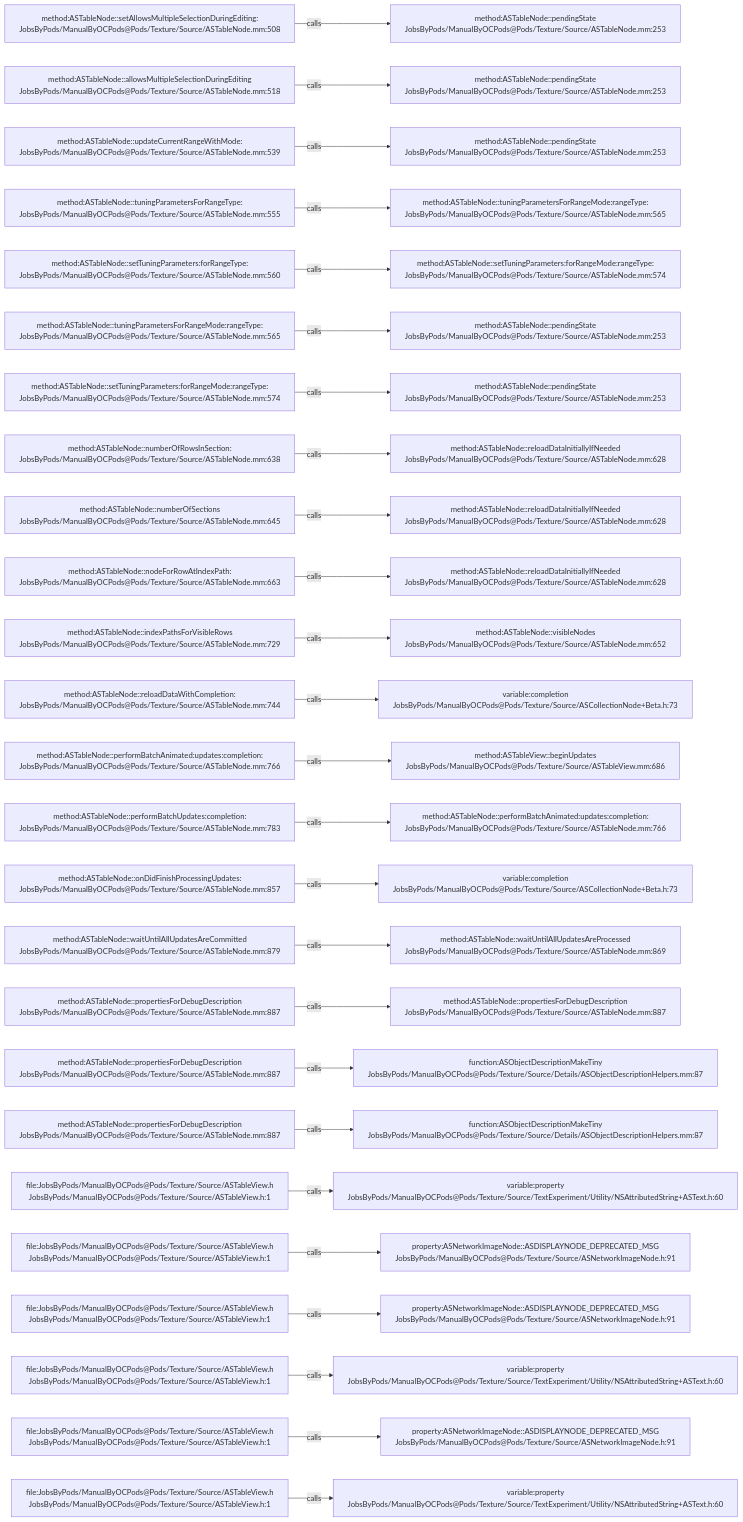
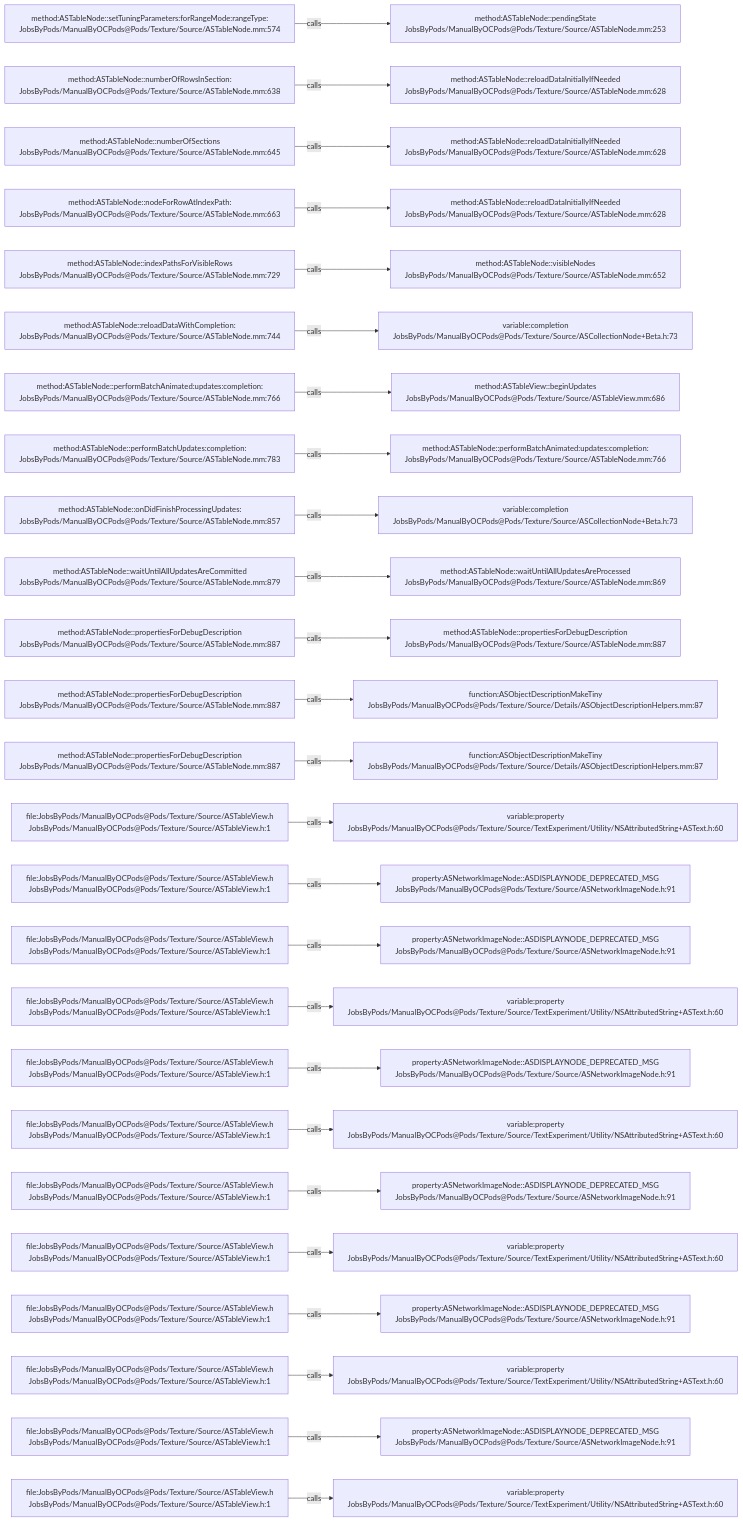
The diagram in .codegraph/codegraph.md/graphs/calls-116.md (JobsKits/JobsOCBaseConfigDemo), drawn with Mermaid before and after one commit. The commit also changed 666 other files, not shown here.

````diff
--- a/.codegraph/codegraph.md/graphs/calls-116.md
+++ b/.codegraph/codegraph.md/graphs/calls-116.md
@@ -13,78 +13,78 @@
 ```mermaid
 flowchart LR
-  S1["method:ASTableNode::setAllowsMultipleSelectionDuringEditing:<br/>JobsByPods/ManualByOCPods@Pods/Texture/Source/ASTableNode.mm:508"]
+  S1["method:ASTableNode::setTuningParameters:forRangeMode:rangeType:<br/>JobsByPods/ManualByOCPods@Pods/Texture/Source/ASTableNode.mm:574"]
   T1["method:ASTableNode::pendingState<br/>JobsByPods/ManualByOCPods@Pods/Texture/Source/ASTableNode.mm:253"]
   S1 -->|calls| T1
-  S2["method:ASTableNode::allowsMultipleSelectionDuringEditing<br/>JobsByPods/ManualByOCPods@Pods/Texture/Source/ASTableNode.mm:518"]
-  T2["method:ASTableNode::pendingState<br/>JobsByPods/ManualByOCPods@Pods/Texture/Source/ASTableNode.mm:253"]
+  S2["method:ASTableNode::numberOfRowsInSection:<br/>JobsByPods/ManualByOCPods@Pods/Texture/Source/ASTableNode.mm:638"]
+  T2["method:ASTableNode::reloadDataInitiallyIfNeeded<br/>JobsByPods/ManualByOCPods@Pods/Texture/Source/ASTableNode.mm:628"]
   S2 -->|calls| T2
-  S3["method:ASTableNode::updateCurrentRangeWithMode:<br/>JobsByPods/ManualByOCPods@Pods/Texture/Source/ASTableNode.mm:539"]
-  T3["method:ASTableNode::pendingState<br/>JobsByPods/ManualByOCPods@Pods/Texture/Source/ASTableNode.mm:253"]
+  S3["method:ASTableNode::numberOfSections<br/>JobsByPods/ManualByOCPods@Pods/Texture/Source/ASTableNode.mm:645"]
+  T3["method:ASTableNode::reloadDataInitiallyIfNeeded<br/>JobsByPods/ManualByOCPods@Pods/Texture/Source/ASTableNode.mm:628"]
   S3 -->|calls| T3
-  S4["method:ASTableNode::tuningParametersForRangeType:<br/>JobsByPods/ManualByOCPods@Pods/Texture/Source/ASTableNode.mm:555"]
-  T4["method:ASTableNode::tuningParametersForRangeMode:rangeType:<br/>JobsByPods/ManualByOCPods@Pods/Texture/Source/ASTableNode.mm:565"]
+  S4["method:ASTableNode::nodeForRowAtIndexPath:<br/>JobsByPods/ManualByOCPods@Pods/Texture/Source/ASTableNode.mm:663"]
+  T4["method:ASTableNode::reloadDataInitiallyIfNeeded<br/>JobsByPods/ManualByOCPods@Pods/Texture/Source/ASTableNode.mm:628"]
   S4 -->|calls| T4
-  S5["method:ASTableNode::setTuningParameters:forRangeType:<br/>JobsByPods/ManualByOCPods@Pods/Texture/Source/ASTableNode.mm:560"]
-  T5["method:ASTableNode::setTuningParameters:forRangeMode:rangeType:<br/>JobsByPods/ManualByOCPods@Pods/Texture/Source/ASTableNode.mm:574"]
+  S5["method:ASTableNode::indexPathsForVisibleRows<br/>JobsByPods/ManualByOCPods@Pods/Texture/Source/ASTableNode.mm:729"]
+  T5["method:ASTableNode::visibleNodes<br/>JobsByPods/ManualByOCPods@Pods/Texture/Source/ASTableNode.mm:652"]
   S5 -->|calls| T5
-  S6["method:ASTableNode::tuningParametersForRangeMode:rangeType:<br/>JobsByPods/ManualByOCPods@Pods/Texture/Source/ASTableNode.mm:565"]
-  T6["method:ASTableNode::pendingState<br/>JobsByPods/ManualByOCPods@Pods/Texture/Source/ASTableNode.mm:253"]
+  S6["method:ASTableNode::reloadDataWithCompletion:<br/>JobsByPods/ManualByOCPods@Pods/Texture/Source/ASTableNode.mm:744"]
+  T6["variable:completion<br/>JobsByPods/ManualByOCPods@Pods/Texture/Source/ASCollectionNode+Beta.h:73"]
   S6 -->|calls| T6
-  S7["method:ASTableNode::setTuningParameters:forRangeMode:rangeType:<br/>JobsByPods/ManualByOCPods@Pods/Texture/Source/ASTableNode.mm:574"]
-  T7["method:ASTableNode::pendingState<br/>JobsByPods/ManualByOCPods@Pods/Texture/Source/ASTableNode.mm:253"]
+  S7["method:ASTableNode::performBatchAnimated:updates:completion:<br/>JobsByPods/ManualByOCPods@Pods/Texture/Source/ASTableNode.mm:766"]
+  T7["method:ASTableView::beginUpdates<br/>JobsByPods/ManualByOCPods@Pods/Texture/Source/ASTableView.mm:686"]
   S7 -->|calls| T7
-  S8["method:ASTableNode::numberOfRowsInSection:<br/>JobsByPods/ManualByOCPods@Pods/Texture/Source/ASTableNode.mm:638"]
-  T8["method:ASTableNode::reloadDataInitiallyIfNeeded<br/>JobsByPods/ManualByOCPods@Pods/Texture/Source/ASTableNode.mm:628"]
+  S8["method:ASTableNode::performBatchUpdates:completion:<br/>JobsByPods/ManualByOCPods@Pods/Texture/Source/ASTableNode.mm:783"]
+  T8["method:ASTableNode::performBatchAnimated:updates:completion:<br/>JobsByPods/ManualByOCPods@Pods/Texture/Source/ASTableNode.mm:766"]
   S8 -->|calls| T8
-  S9["method:ASTableNode::numberOfSections<br/>JobsByPods/ManualByOCPods@Pods/Texture/Source/ASTableNode.mm:645"]
-  T9["method:ASTableNode::reloadDataInitiallyIfNeeded<br/>JobsByPods/ManualByOCPods@Pods/Texture/Source/ASTableNode.mm:628"]
+  S9["method:ASTableNode::onDidFinishProcessingUpdates:<br/>JobsByPods/ManualByOCPods@Pods/Texture/Source/ASTableNode.mm:857"]
+  T9["variable:completion<br/>JobsByPods/ManualByOCPods@Pods/Texture/Source/ASCollectionNode+Beta.h:73"]
   S9 -->|calls| T9
-  S10["method:ASTableNode::nodeForRowAtIndexPath:<br/>JobsByPods/ManualByOCPods@Pods/Texture/Source/ASTableNode.mm:663"]
-  T10["method:ASTableNode::reloadDataInitiallyIfNeeded<br/>JobsByPods/ManualByOCPods@Pods/Texture/Source/ASTableNode.mm:628"]
+  S10["method:ASTableNode::waitUntilAllUpdatesAreCommitted<br/>JobsByPods/ManualByOCPods@Pods/Texture/Source/ASTableNode.mm:879"]
+  T10["method:ASTableNode::waitUntilAllUpdatesAreProcessed<br/>JobsByPods/ManualByOCPods@Pods/Texture/Source/ASTableNode.mm:869"]
   S10 -->|calls| T10
-  S11["method:ASTableNode::indexPathsForVisibleRows<br/>JobsByPods/ManualByOCPods@Pods/Texture/Source/ASTableNode.mm:729"]
-  T11["method:ASTableNode::visibleNodes<br/>JobsByPods/ManualByOCPods@Pods/Texture/Source/ASTableNode.mm:652"]
+  S11["method:ASTableNode::propertiesForDebugDescription<br/>JobsByPods/ManualByOCPods@Pods/Texture/Source/ASTableNode.mm:887"]
+  T11["method:ASTableNode::propertiesForDebugDescription<br/>JobsByPods/ManualByOCPods@Pods/Texture/Source/ASTableNode.mm:887"]
   S11 -->|calls| T11
-  S12["method:ASTableNode::reloadDataWithCompletion:<br/>JobsByPods/ManualByOCPods@Pods/Texture/Source/ASTableNode.mm:744"]
-  T12["variable:completion<br/>JobsByPods/ManualByOCPods@Pods/Texture/Source/ASCollectionNode+Beta.h:73"]
+  S12["method:ASTableNode::propertiesForDebugDescription<br/>JobsByPods/ManualByOCPods@Pods/Texture/Source/ASTableNode.mm:887"]
+  T12["function:ASObjectDescriptionMakeTiny<br/>JobsByPods/ManualByOCPods@Pods/Texture/Source/Details/ASObjectDescriptionHelpers.mm:87"]
   S12 -->|calls| T12
-  S13["method:ASTableNode::performBatchAnimated:updates:completion:<br/>JobsByPods/ManualByOCPods@Pods/Texture/Source/ASTableNode.mm:766"]
-  T13["method:ASTableView::beginUpdates<br/>JobsByPods/ManualByOCPods@Pods/Texture/Source/ASTableView.mm:686"]
+  S13["method:ASTableNode::propertiesForDebugDescription<br/>JobsByPods/ManualByOCPods@Pods/Texture/Source/ASTableNode.mm:887"]
+  T13["function:ASObjectDescriptionMakeTiny<br/>JobsByPods/ManualByOCPods@Pods/Texture/Source/Details/ASObjectDescriptionHelpers.mm:87"]
   S13 -->|calls| T13
-  S14["method:ASTableNode::performBatchUpdates:completion:<br/>JobsByPods/ManualByOCPods@Pods/Texture/Source/ASTableNode.mm:783"]
-  T14["method:ASTableNode::performBatchAnimated:updates:completion:<br/>JobsByPods/ManualByOCPods@Pods/Texture/Source/ASTableNode.mm:766"]
+  S14["file:JobsByPods/ManualByOCPods@Pods/Texture/Source/ASTableView.h<br/>JobsByPods/ManualByOCPods@Pods/Texture/Source/ASTableView.h:1"]
+  T14["variable:property<br/>JobsByPods/ManualByOCPods@Pods/Texture/Source/TextExperiment/Utility/NSAttributedString+ASText.h:60"]
   S14 -->|calls| T14
-  S15["method:ASTableNode::onDidFinishProcessingUpdates:<br/>JobsByPods/ManualByOCPods@Pods/Texture/Source/ASTableNode.mm:857"]
-  T15["variable:completion<br/>JobsByPods/ManualByOCPods@Pods/Texture/Source/ASCollectionNode+Beta.h:73"]
+  S15["file:JobsByPods/ManualByOCPods@Pods/Texture/Source/ASTableView.h<br/>JobsByPods/ManualByOCPods@Pods/Texture/Source/ASTableView.h:1"]
+  T15["property:ASNetworkImageNode::ASDISPLAYNODE_DEPRECATED_MSG<br/>JobsByPods/ManualByOCPods@Pods/Texture/Source/ASNetworkImageNode.h:91"]
   S15 -->|calls| T15
-  S16["method:ASTableNode::waitUntilAllUpdatesAreCommitted<br/>JobsByPods/ManualByOCPods@Pods/Texture/Source/ASTableNode.mm:879"]
-  T16["method:ASTableNode::waitUntilAllUpdatesAreProcessed<br/>JobsByPods/ManualByOCPods@Pods/Texture/Source/ASTableNode.mm:869"]
+  S16["file:JobsByPods/ManualByOCPods@Pods/Texture/Source/ASTableView.h<br/>JobsByPods/ManualByOCPods@Pods/Texture/Source/ASTableView.h:1"]
+  T16["property:ASNetworkImageNode::ASDISPLAYNODE_DEPRECATED_MSG<br/>JobsByPods/ManualByOCPods@Pods/Texture/Source/ASNetworkImageNode.h:91"]
   S16 -->|calls| T16
-  S17["method:ASTableNode::propertiesForDebugDescription<br/>JobsByPods/ManualByOCPods@Pods/Texture/Source/ASTableNode.mm:887"]
-  T17["method:ASTableNode::propertiesForDebugDescription<br/>JobsByPods/ManualByOCPods@Pods/Texture/Source/ASTableNode.mm:887"]
+  S17["file:JobsByPods/ManualByOCPods@Pods/Texture/Source/ASTableView.h<br/>JobsByPods/ManualByOCPods@Pods/Texture/Source/ASTableView.h:1"]
+  T17["variable:property<br/>JobsByPods/ManualByOCPods@Pods/Texture/Source/TextExperiment/Utility/NSAttributedString+ASText.h:60"]
   S17 -->|calls| T17
-  S18["method:ASTableNode::propertiesForDebugDescription<br/>JobsByPods/ManualByOCPods@Pods/Texture/Source/ASTableNode.mm:887"]
-  T18["function:ASObjectDescriptionMakeTiny<br/>JobsByPods/ManualByOCPods@Pods/Texture/Source/Details/ASObjectDescriptionHelpers.mm:87"]
+  S18["file:JobsByPods/ManualByOCPods@Pods/Texture/Source/ASTableView.h<br/>JobsByPods/ManualByOCPods@Pods/Texture/Source/ASTableView.h:1"]
+  T18["property:ASNetworkImageNode::ASDISPLAYNODE_DEPRECATED_MSG<br/>JobsByPods/ManualByOCPods@Pods/Texture/Source/ASNetworkImageNode.h:91"]
   S18 -->|calls| T18
-  S19["method:ASTableNode::propertiesForDebugDescription<br/>JobsByPods/ManualByOCPods@Pods/Texture/Source/ASTableNode.mm:887"]
-  T19["function:ASObjectDescriptionMakeTiny<br/>JobsByPods/ManualByOCPods@Pods/Texture/Source/Details/ASObjectDescriptionHelpers.mm:87"]
+  S19["file:JobsByPods/ManualByOCPods@Pods/Texture/Source/ASTableView.h<br/>JobsByPods/ManualByOCPods@Pods/Texture/Source/ASTableView.h:1"]
+  T19["variable:property<br/>JobsByPods/ManualByOCPods@Pods/Texture/Source/TextExperiment/Utility/NSAttributedString+ASText.h:60"]
   S19 -->|calls| T19
   S20["file:JobsByPods/ManualByOCPods@Pods/Texture/Source/ASTableView.h<br/>JobsByPods/ManualByOCPods@Pods/Texture/Source/ASTableView.h:1"]
-  T20["variable:property<br/>JobsByPods/ManualByOCPods@Pods/Texture/Source/TextExperiment/Utility/NSAttributedString+ASText.h:60"]
+  T20["property:ASNetworkImageNode::ASDISPLAYNODE_DEPRECATED_MSG<br/>JobsByPods/ManualByOCPods@Pods/Texture/Source/ASNetworkImageNode.h:91"]
   S20 -->|calls| T20
   S21["file:JobsByPods/ManualByOCPods@Pods/Texture/Source/ASTableView.h<br/>JobsByPods/ManualByOCPods@Pods/Texture/Source/ASTableView.h:1"]
-  T21["property:ASNetworkImageNode::ASDISPLAYNODE_DEPRECATED_MSG<br/>JobsByPods/ManualByOCPods@Pods/Texture/Source/ASNetworkImageNode.h:91"]
+  T21["variable:property<br/>JobsByPods/ManualByOCPods@Pods/Texture/Source/TextExperiment/Utility/NSAttributedString+ASText.h:60"]
   S21 -->|calls| T21
   S22["file:JobsByPods/ManualByOCPods@Pods/Texture/Source/ASTableView.h<br/>JobsByPods/ManualByOCPods@Pods/Texture/Source/ASTableView.h:1"]
   T22["property:ASNetworkImageNode::ASDISPLAYNODE_DEPRECATED_MSG<br/>JobsByPods/ManualByOCPods@Pods/Texture/Source/ASNetworkImageNode.h:91"]
   S22 -->|calls| T22
   S23["file:JobsByPods/ManualByOCPods@Pods/Texture/Source/ASTableView.h<br/>JobsByPods/ManualByOCPods@Pods/Texture/Source/ASTableView.h:1"]
   T23["variable:property<br/>JobsByPods/ManualByOCPods@Pods/Texture/Source/TextExperiment/Utility/NSAttributedString+ASText.h:60"]
   S23 -->|calls| T23
   S24["file:JobsByPods/ManualByOCPods@Pods/Texture/Source/ASTableView.h<br/>JobsByPods/ManualByOCPods@Pods/Texture/Source/ASTableView.h:1"]
   T24["property:ASNetworkImageNode::ASDISPLAYNODE_DEPRECATED_MSG<br/>JobsByPods/ManualByOCPods@Pods/Texture/Source/ASNetworkImageNode.h:91"]
   S24 -->|calls| T24
   S25["file:JobsByPods/ManualByOCPods@Pods/Texture/Source/ASTableView.h<br/>JobsByPods/ManualByOCPods@Pods/Texture/Source/ASTableView.h:1"]
   T25["variable:property<br/>JobsByPods/ManualByOCPods@Pods/Texture/Source/TextExperiment/Utility/NSAttributedString+ASText.h:60"]
   S25 -->|calls| T25
 ```
````
